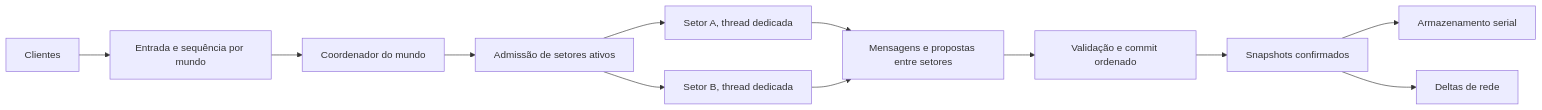
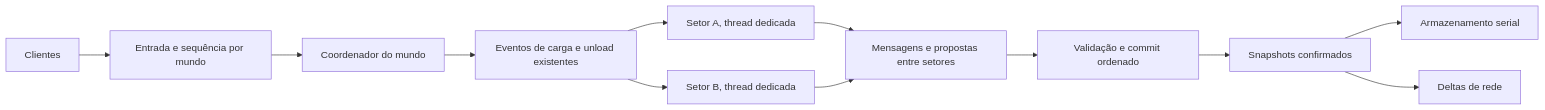
The first of 2 diagrams in doc/world-region-rework-advanced-concept.md (Modding-VK/OpenStarbound), drawn with Mermaid before and after one commit. The commit also changed other lines of this file, not shown here.

````diff
--- a/doc/world-region-rework-advanced-concept.md
+++ b/doc/world-region-rework-advanced-concept.md
@@ -131,14 +145,14 @@
 ```mermaid
 flowchart LR
   C[Clientes] --> I[Entrada e sequência por mundo]
   I --> W[Coordenador do mundo]
-  W --> Q[Admissão de setores ativos]
+  W --> Q[Eventos de carga e unload existentes]
   Q --> R1[Setor A, thread dedicada]
   Q --> R2[Setor B, thread dedicada]
   R1 --> X[Mensagens e propostas entre setores]
   R2 --> X
   X --> K[Validação e commit ordenado]
   K --> S[Snapshots confirmados]
   S --> D[Armazenamento serial]
   S --> O[Deltas de rede]
 ```
````
